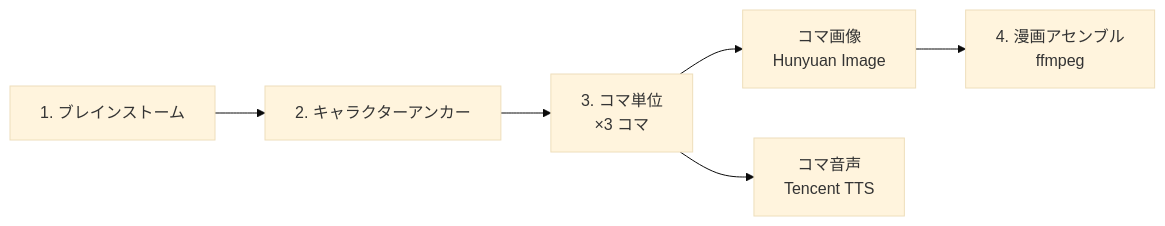
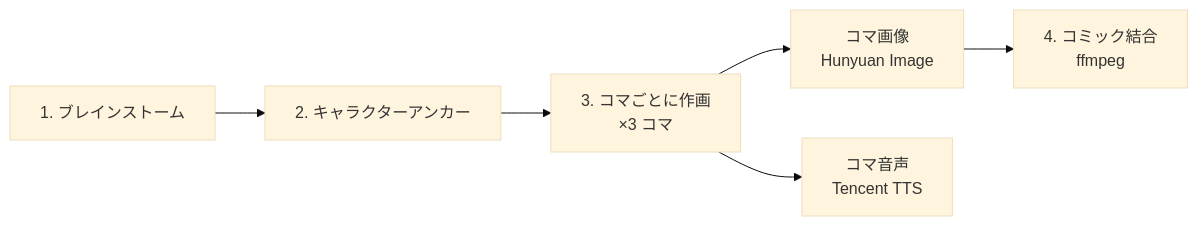
One commit to weed33834/ShotFlow changed the fourth of 6 diagrams in README.ja.md. Above: the diagram before and after it, drawn with Mermaid (base theme). The commit also changed other lines of this file and 2 other files, not shown here.

````diff
--- a/README.ja.md
+++ b/README.ja.md
@@ -231,8 +281,8 @@
 ```mermaid
 flowchart LR
     A["1. ブレインストーム"] --> B["2. キャラクターアンカー"]
-    B --> C["3. コマ単位<br/>×3 コマ"]
+    B --> C["3. コマごとに作画<br/>×3 コマ"]
     C --> D["コマ画像<br/>Hunyuan Image"]
     C --> E["コマ音声<br/>Tencent TTS"]
-    D --> F["4. 漫画アセンブル<br/>ffmpeg"]
+    D --> F["4. コミック結合<br/>ffmpeg"]
 ```
````
